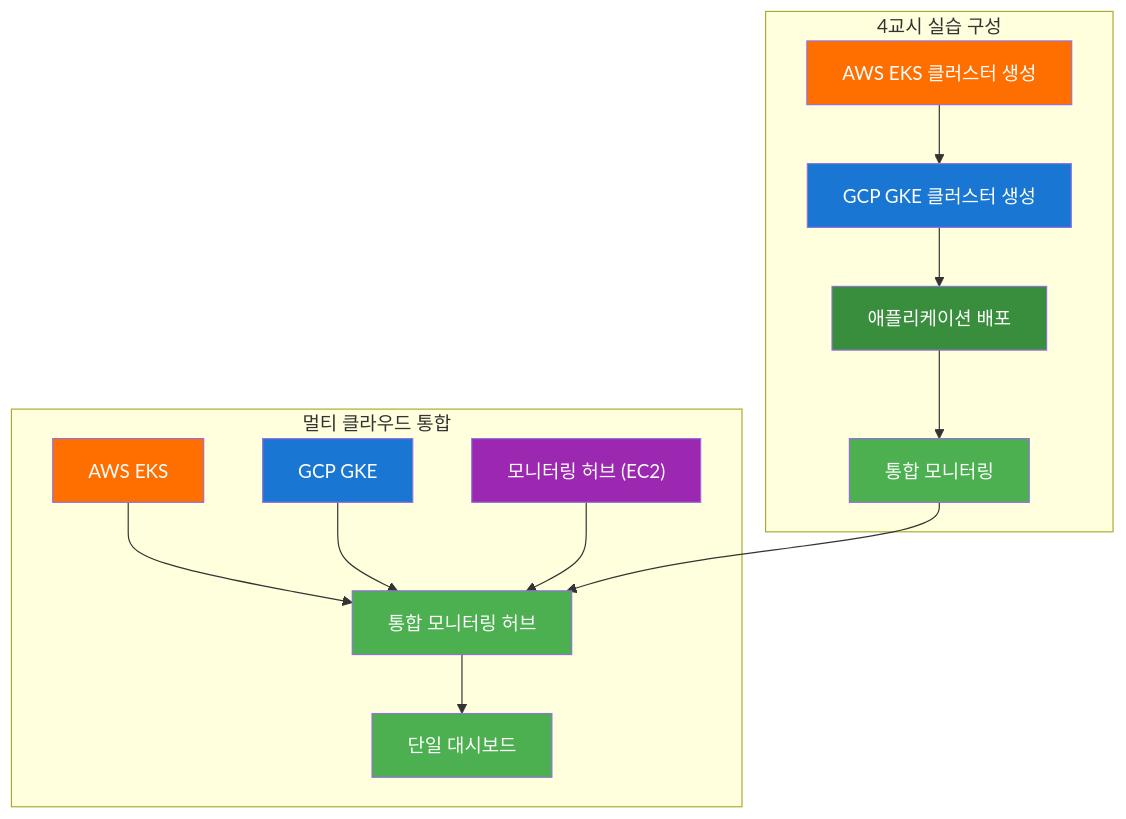
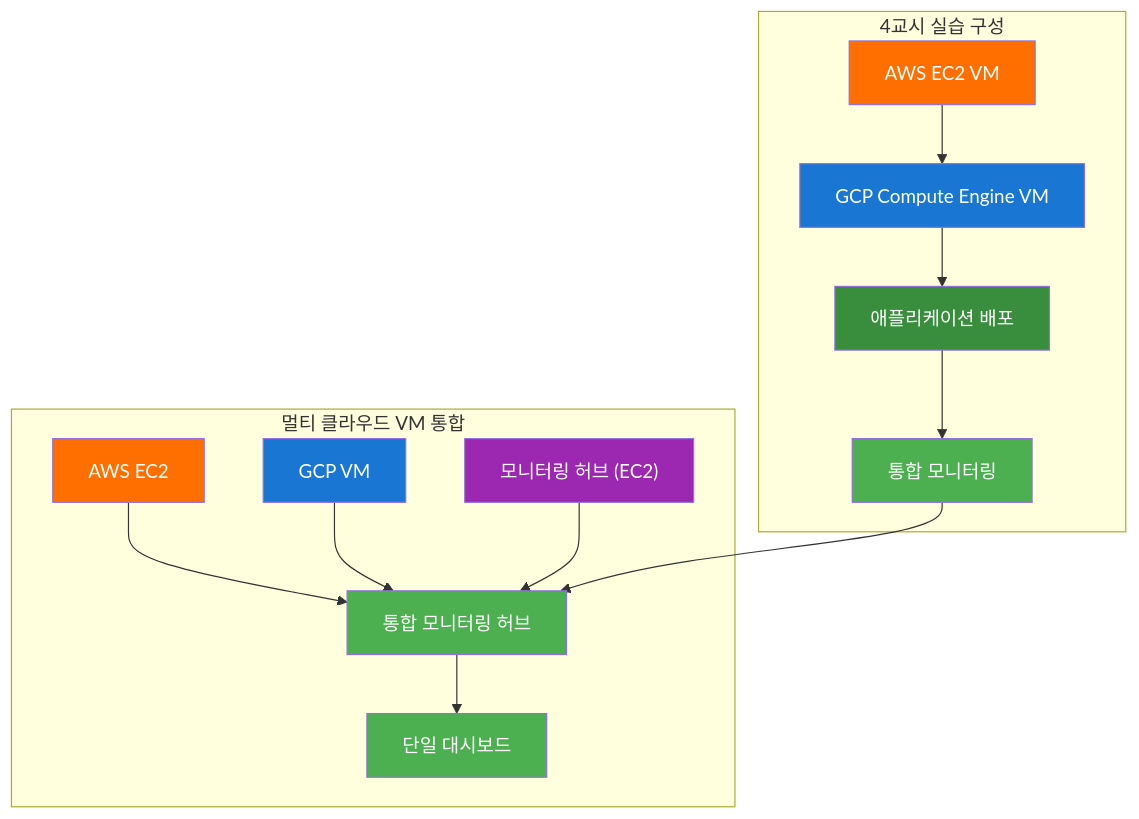
Before and after one commit to jungfrau70/mcp_cloud: the fifth of 9 diagrams in mcp_knowledge_base/cloud_intermediate/lectures/day2/Day2_통합강의안_오후.md, drawn with Mermaid. The commit also changed other lines of this file and 27 other files, not shown here.

Commit message:
Update: 2025-10-01 06:17:00 - mcp_knowledge_base/.cursor/rules/automation-architecture.mdc and 27 more files

````diff
--- a/mcp_knowledge_base/cloud_intermediate/lectures/day2/Day2_통합강의안_오후.md
+++ b/mcp_knowledge_base/cloud_intermediate/lectures/day2/Day2_통합강의안_오후.md
@@ -425,27 +384,27 @@
 ```mermaid
 flowchart TD
     subgraph "4교시 실습 구성"
-        A["AWS EKS 클러스터 생성"] --> B["GCP GKE 클러스터 생성"]
+        A["AWS EC2 VM"] --> B["GCP Compute Engine VM"]
         B --> C["애플리케이션 배포"]
         C --> D["통합 모니터링"]
     end
     
-    subgraph "멀티 클라우드 통합"
-        E["AWS EKS"] --> F["통합 모니터링 허브"]
-        G["GCP GKE"] --> F
+    subgraph "멀티 클라우드 VM 통합"
+        E["AWS EC2"] --> F["통합 모니터링 허브"]
+        G["GCP VM"] --> F
         H["모니터링 허브 (EC2)"] --> F
         F --> I["단일 대시보드"]
     end
     
     D --> F
     
     style A fill:#ff6f00,color:#ffffff
     style B fill:#1976d2,color:#ffffff
     style C fill:#388e3c,color:#ffffff
     style D fill:#4caf50,color:#ffffff
     style E fill:#ff6f00,color:#ffffff
     style F fill:#4caf50,color:#ffffff
     style G fill:#1976d2,color:#ffffff
     style H fill:#9c27b0,color:#ffffff
     style I fill:#4caf50,color:#ffffff
 ```
````
